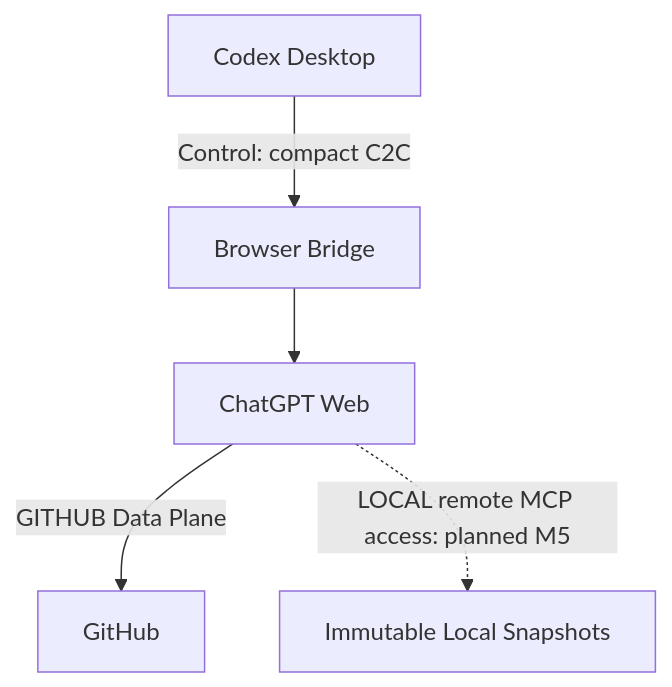
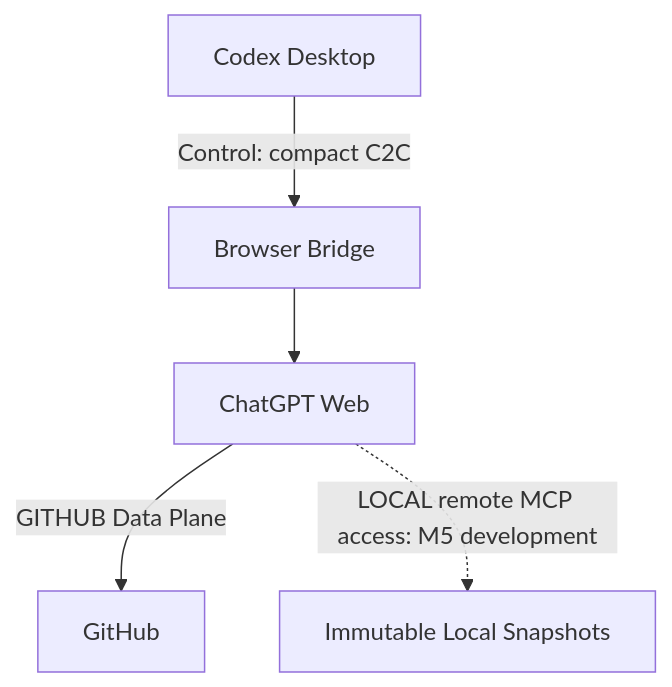
The second of 3 diagrams in docs/architecture.md (Jickfu/codex-duet), drawn with Mermaid before and after one commit. The commit also changed other lines of this file and 1 other file, not shown here.

````diff
--- a/docs/architecture.md
+++ b/docs/architecture.md
@@ -41,7 +41,7 @@
 ```mermaid
 flowchart TB
     C[Codex Desktop] -->|Control: compact C2C| B[Browser Bridge]
     B --> W[ChatGPT Web]
     W -->|GITHUB Data Plane| G[GitHub]
-    W -.->|LOCAL remote MCP access: planned M5| M[Immutable Local Snapshots]
+    W -.->|LOCAL remote MCP access: M5 development| M[Immutable Local Snapshots]
 ```
````
